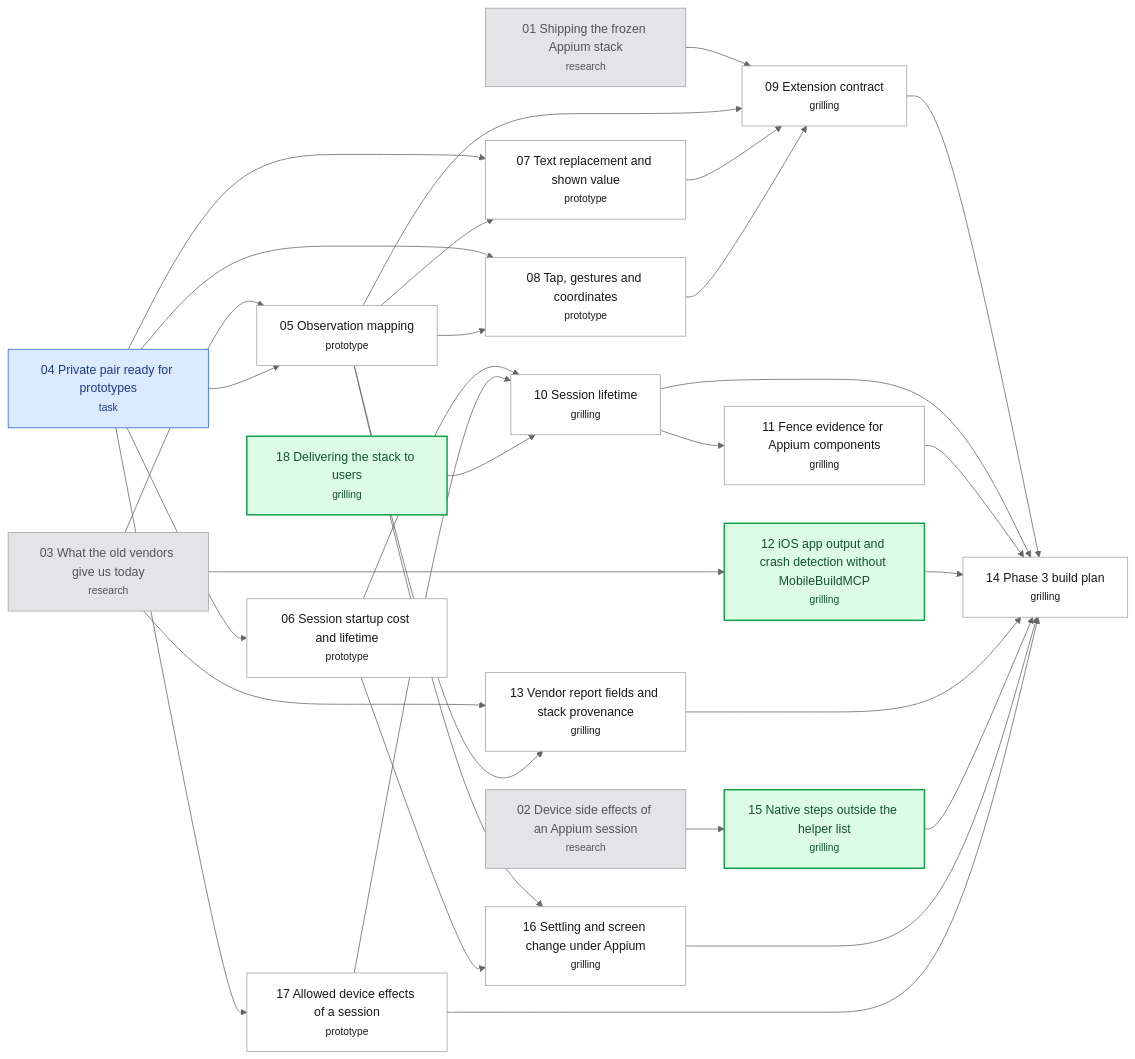
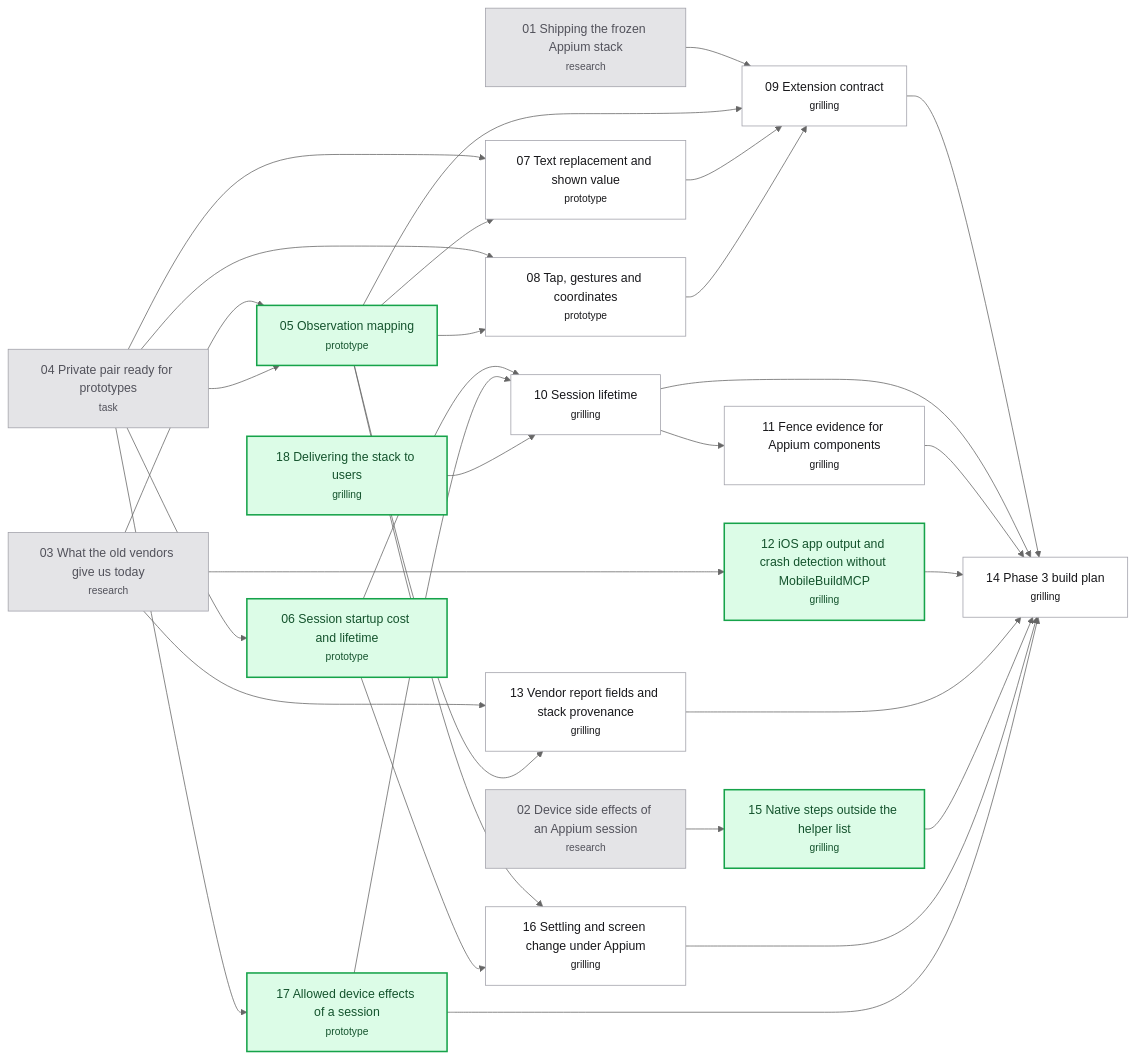
The diagram in .scratch/appium-phase3/map.md (hugues-vnsgn/jev-ios-bridge), drawn with Mermaid (neutral theme) before and after one commit. The commit also changed other lines of this file and 1 other file, not shown here.

Commit message:
docs(appium-phase3): resolve Private pair ready for prototypes

````diff
--- a/.scratch/appium-phase3/map.md
+++ b/.scratch/appium-phase3/map.md
@@ -75,59 +76,58 @@
 ```mermaid
 flowchart LR
     T01["01 Shipping the frozen Appium stack<br/><small>research</small>"]
     T02["02 Device side effects of an Appium session<br/><small>research</small>"]
     T03["03 What the old vendors give us today<br/><small>research</small>"]
     T04["04 Private pair ready for prototypes<br/><small>task</small>"]
     T05["05 Observation mapping<br/><small>prototype</small>"]
     T06["06 Session startup cost and lifetime<br/><small>prototype</small>"]
     T07["07 Text replacement and shown value<br/><small>prototype</small>"]
     T08["08 Tap, gestures and coordinates<br/><small>prototype</small>"]
     T09["09 Extension contract<br/><small>grilling</small>"]
     T10["10 Session lifetime<br/><small>grilling</small>"]
     T11["11 Fence evidence for Appium components<br/><small>grilling</small>"]
     T12["12 iOS app output and crash detection without MobileBuildMCP<br/><small>grilling</small>"]
     T13["13 Vendor report fields and stack provenance<br/><small>grilling</small>"]
     T14["14 Phase 3 build plan<br/><small>grilling</small>"]
     T15["15 Native steps outside the helper list<br/><small>grilling</small>"]
     T16["16 Settling and screen change under Appium<br/><small>grilling</small>"]
     T17["17 Allowed device effects of a session<br/><small>prototype</small>"]
     T18["18 Delivering the stack to users<br/><small>grilling</small>"]
     T03 --> T05
     T04 --> T05
     T04 --> T06
     T04 --> T07
     T05 --> T07
     T04 --> T08
     T05 --> T08
     T01 --> T09
     T05 --> T09
     T07 --> T09
     T08 --> T09
     T06 --> T10
     T17 --> T10
     T18 --> T10
     T10 --> T11
     T03 --> T12
     T03 --> T13
     T05 --> T13
     T09 --> T14
     T10 --> T14
     T11 --> T14
     T12 --> T14
     T13 --> T14
     T15 --> T14
     T16 --> T14
     T17 --> T14
     T02 --> T15
     T05 --> T16
     T06 --> T16
     T04 --> T17
     classDef resolved fill:#e4e4e7,stroke:#a1a1aa,color:#52525b
     classDef claimed fill:#dbeafe,stroke:#2563eb,color:#1e3a8a
     classDef frontier fill:#dcfce7,stroke:#16a34a,color:#14532d,stroke-width:2px
     classDef blocked fill:#ffffff,stroke:#a1a1aa,color:#18181b
-    class T01,T02,T03 resolved
-    class T04 claimed
-    class T12,T15,T18 frontier
-    class T05,T06,T07,T08,T09,T10,T11,T13,T14,T16,T17 blocked
+    class T01,T02,T03,T04 resolved
+    class T05,T06,T12,T15,T17,T18 frontier
+    class T07,T08,T09,T10,T11,T13,T14,T16 blocked
 ```
````
